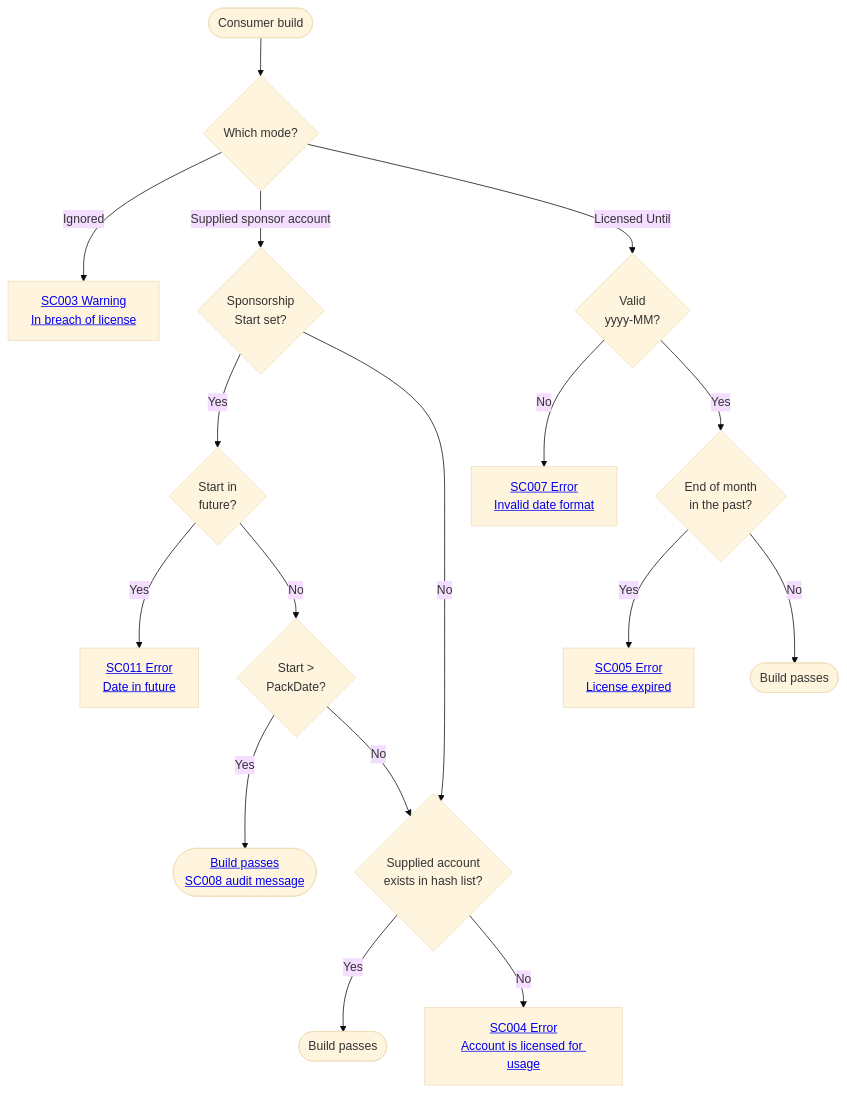
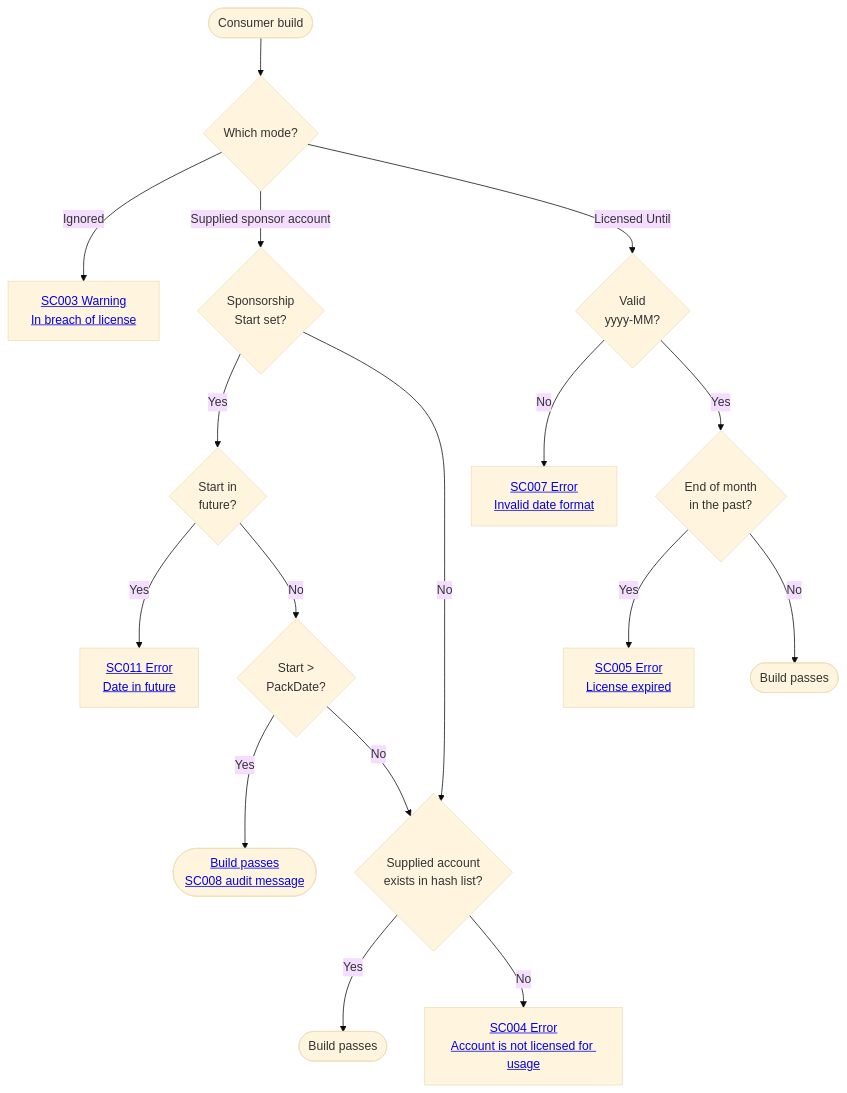
Before and after one commit to SimonCropp/SponsorCheck: the diagram in docs/VerifierDiagnosticCodes.md, drawn with Mermaid (base theme). The commit also changed other lines of this file and 20 other files, not shown here.

````diff
--- a/docs/VerifierDiagnosticCodes.md
+++ b/docs/VerifierDiagnosticCodes.md
@@ -5,23 +7,23 @@
 ```mermaid<!-- include: verifier-flow. path: /docs/verifier-flow.include.md -->
 flowchart TD
     Start([Consumer build]) --> Which{Which mode?}
 
     Which -->|Ignored| SC003[<a href='https://github.com/SimonCropp/SponsorCheck/blob/main/docs/VerifierDiagnosticCodes.md#sc003'>SC003 Warning<br/>In breach of license</a>]
 
     Which -->|Supplied sponsor account| HasStart{Sponsorship<br/>Start set?}
     HasStart -->|Yes| Future{Start in<br/>future?}
     Future -->|Yes| SC011[<a href='https://github.com/SimonCropp/SponsorCheck/blob/main/docs/VerifierDiagnosticCodes.md#sc011'>SC011 Error<br/>Date in future</a>]
     Future -->|No| AfterPack{Start &gt;<br/>PackDate?}
     AfterPack -->|Yes| PassAttest([<a href='https://github.com/SimonCropp/SponsorCheck/blob/main/docs/VerifierDiagnosticCodes.md#sc008'>Build passes<br/>SC008 audit message</a>])
     AfterPack -->|No| Match
     HasStart -->|No| Match
     Match{Supplied account<br/>exists in hash list?}
     Match -->|Yes| PassSponsor([Build passes])
-    Match -->|No| SC004[<a href='https://github.com/SimonCropp/SponsorCheck/blob/main/docs/VerifierDiagnosticCodes.md#sc004'>SC004 Error<br/>Account is licensed for usage</a>]
+    Match -->|No| SC004[<a href='https://github.com/SimonCropp/SponsorCheck/blob/main/docs/VerifierDiagnosticCodes.md#sc004'>SC004 Error<br/>Account is not licensed for usage</a>]
 
     Which -->|Licensed Until| ParseYM{Valid<br/>yyyy-MM?}
     ParseYM -->|No| SC007[<a href='https://github.com/SimonCropp/SponsorCheck/blob/main/docs/VerifierDiagnosticCodes.md#sc007'>SC007 Error<br/>Invalid date format</a>]
     ParseYM -->|Yes| Expired{End of month<br/>in the past?}
     Expired -->|Yes| SC005[<a href='https://github.com/SimonCropp/SponsorCheck/blob/main/docs/VerifierDiagnosticCodes.md#sc005'>SC005 Error<br/>License expired</a>]
     Expired -->|No| PassLicense([Build passes])
 ```
````
